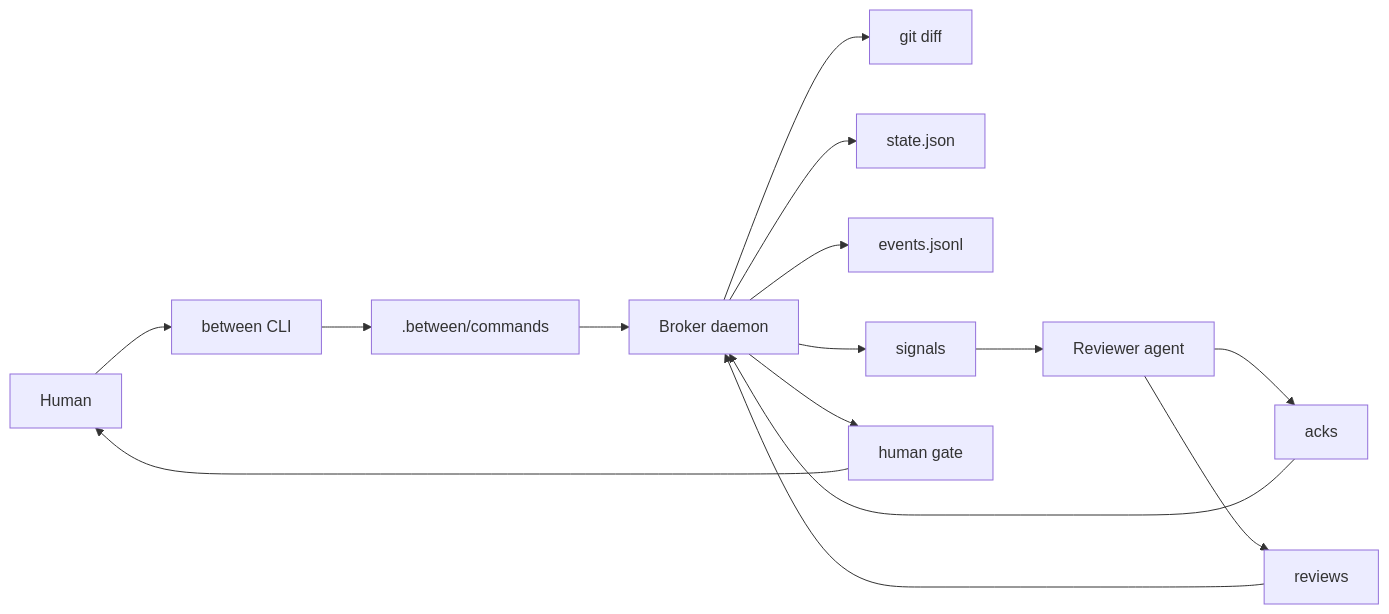
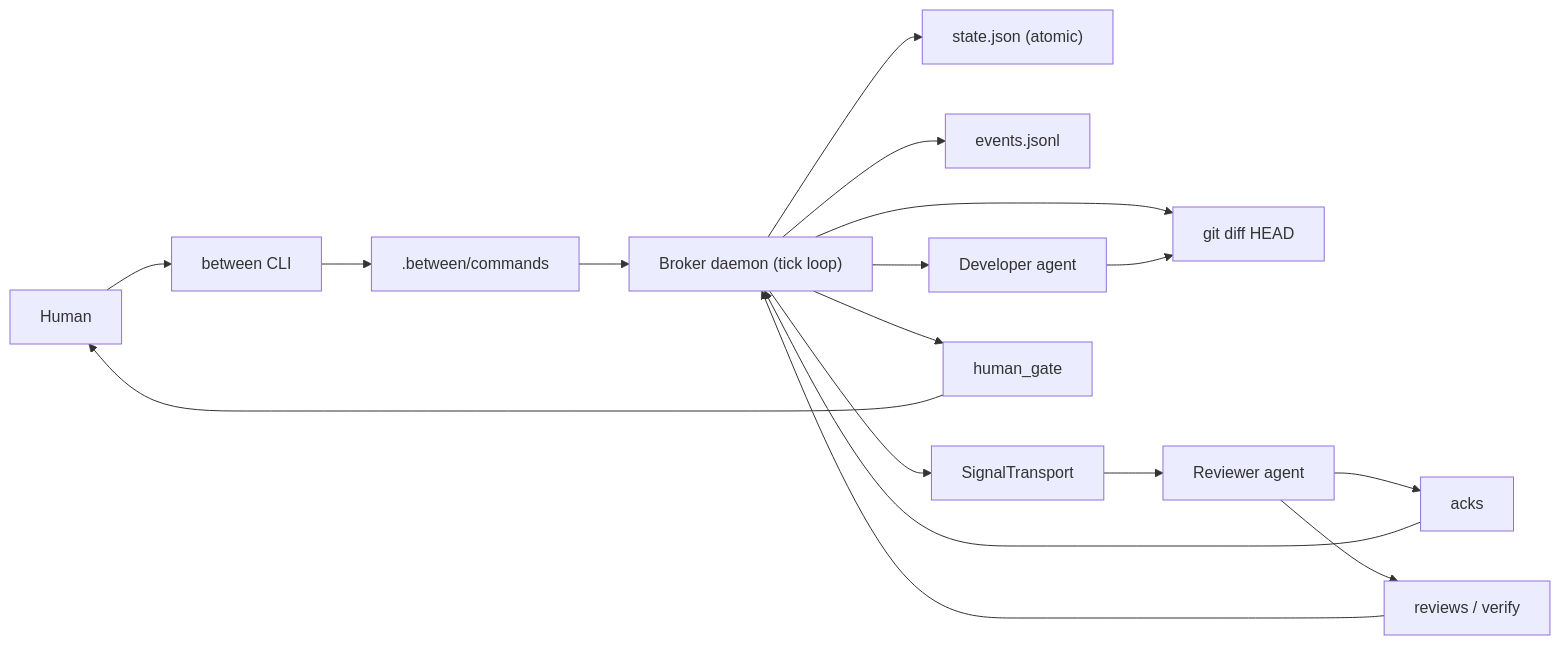
One commit to ashmoonori-afk/between changed the diagram in README.md. Above: the diagram before and after it, drawn with Mermaid. The commit also changed other lines of this file and 16 other files, not shown here.

Commit message:
docs: rewrite README in a polished, birkin-style format (ASCII banner, badges, design intent, agent-modes table, architecture); include resend-missing-reviewer-signal (P1-2), hosted agent-death -> broker state (P2-9), DESIGN.md TUI system

````diff
--- a/README.md
+++ b/README.md
@@ -208,17 +214,19 @@
 ```mermaid
 flowchart LR
     Human["Human"] --> CLI["between CLI"]
     CLI --> Commands[".between/commands"]
-    Commands --> Daemon["Broker daemon"]
-    Daemon --> Git["git diff"]
-    Daemon --> State["state.json"]
+    Commands --> Daemon["Broker daemon (tick loop)"]
+    Daemon --> Git["git diff HEAD"]
+    Daemon --> State["state.json (atomic)"]
     Daemon --> Events["events.jsonl"]
-    Daemon --> Signals["signals"]
+    Daemon --> Signals["SignalTransport"]
     Signals --> Reviewer["Reviewer agent"]
     Reviewer --> Acks["acks"]
-    Reviewer --> Reviews["reviews"]
+    Reviewer --> Reviews["reviews / verify"]
     Reviews --> Daemon
     Acks --> Daemon
-    Daemon --> Gate["human gate"]
+    Daemon --> Developer["Developer agent"]
+    Developer --> Git
+    Daemon --> Gate["human_gate"]
     Gate --> Human
 ```
````
